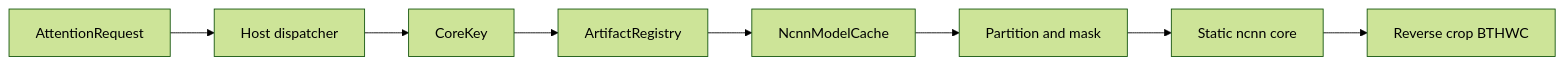
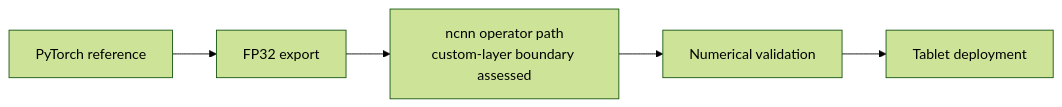
Before and after one commit to tahffo68hk-hash/seedvr2-ncnn: the diagram in README.md, drawn with Mermaid (forest theme). The commit also changed other lines of this file and 18 other files, not shown here.

````diff
--- a/README.md
+++ b/README.md
@@ -117,10 +31,7 @@
 ```mermaid
 flowchart LR
-  R[AttentionRequest] --> D[Host dispatcher]
-  D --> K[CoreKey]
-  K --> G[ArtifactRegistry]
-  G --> C[NcnnModelCache]
-  C --> P[Partition and mask]
-  P --> N[Static ncnn core]
-  N --> O[Reverse crop BTHWC]
+    P[PyTorch reference] --> E[FP32 export]
+    E --> N[ncnn operator path<br/>custom-layer boundary assessed]
+    N --> V[Numerical validation]
+    V --> T[Tablet deployment]
 ```
````
